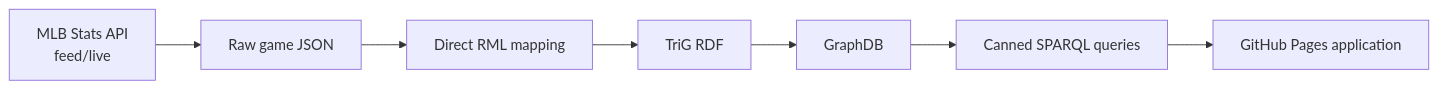
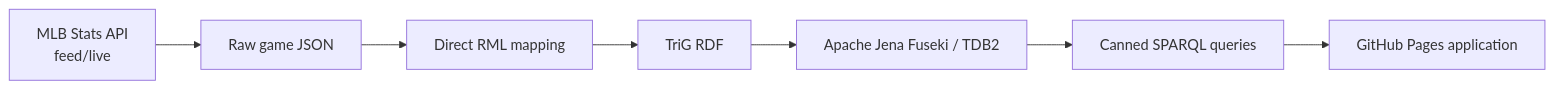
Before and after one commit to CarterBeauBenson/BaseballO: the diagram in README.md, drawn with Mermaid. The commit also changed other lines of this file and 19 other files, not shown here.

````diff
--- a/README.md
+++ b/README.md
@@ -7,9 +7,9 @@
 ```mermaid
 flowchart LR
     API[MLB Stats API<br/>feed/live] --> RAW[Raw game JSON]
     RAW --> RML[Direct RML mapping]
     RML --> RDF[TriG RDF]
-    RDF --> GRAPHDB[GraphDB]
-    GRAPHDB --> SPARQL[Canned SPARQL queries]
+    RDF --> FUSEKI[Apache Jena Fuseki / TDB2]
+    FUSEKI --> SPARQL[Canned SPARQL queries]
     SPARQL --> WEB[GitHub Pages application]
 ```
````
